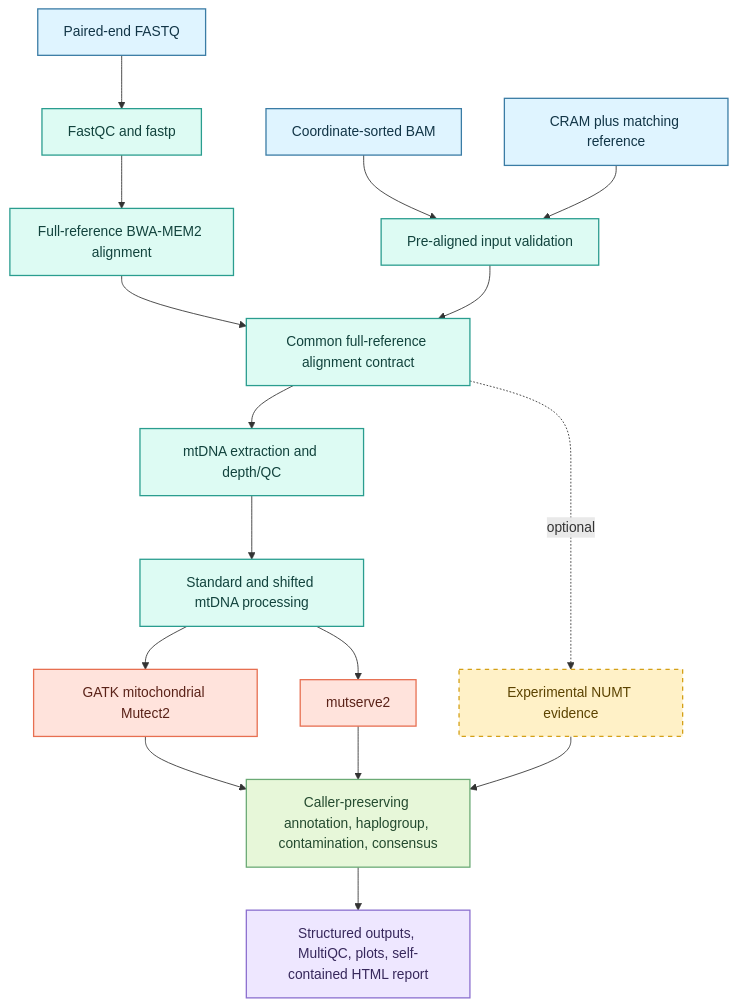
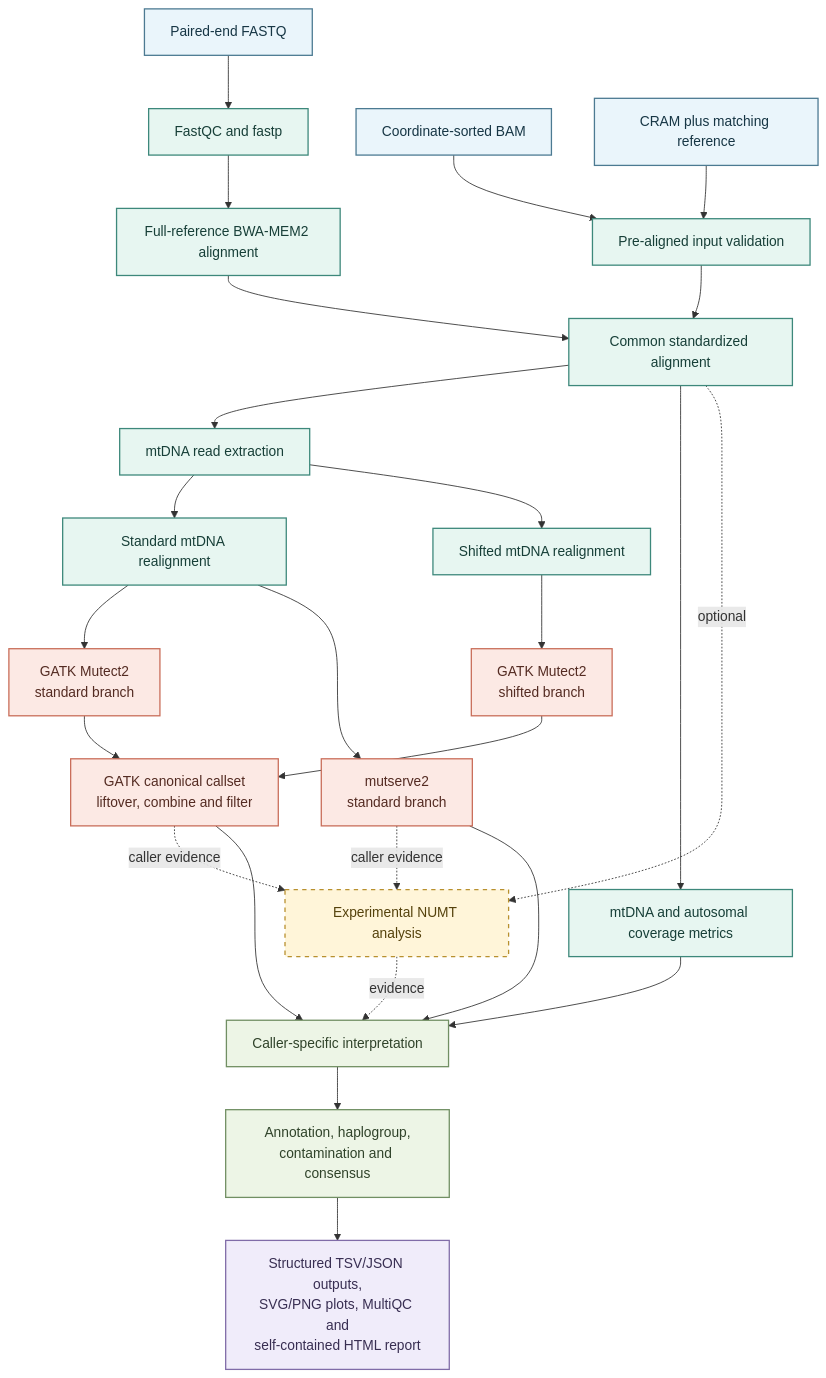
The diagram in README.md (sarvezh1/mitoarc), drawn with Mermaid before and after one commit. The commit also changed other lines of this file and 9 other files, not shown here.

````diff
--- a/README.md
+++ b/README.md
@@ -31,41 +37,68 @@
 ```mermaid
+---
+config:
+  theme: mc
+---
 flowchart TD
+
+    %% INPUTS
     FQ[Paired-end FASTQ] --> QC[FastQC and fastp]
     QC --> ALN[Full-reference BWA-MEM2 alignment]
 
     BAM[Coordinate-sorted BAM] --> PRE[Pre-aligned input validation]
     CRAM[CRAM plus matching reference] --> PRE
 
-    ALN --> COMMON[Common full-reference alignment contract]
+    ALN --> COMMON[Common standardized alignment]
     PRE --> COMMON
 
-    COMMON --> EXTRACT[mtDNA extraction and depth/QC]
-    COMMON -. optional .-> NUMT[Experimental NUMT evidence]
+    %% COMMON ANALYSIS
+    COMMON --> EXTRACT[mtDNA read extraction]
+    COMMON --> COV[mtDNA and autosomal coverage metrics]
 
-    EXTRACT --> CIRC[Standard and shifted mtDNA processing]
+    %% MITOCHONDRIAL REALIGNMENT
+    EXTRACT --> STD[Standard mtDNA realignment]
+    EXTRACT --> SHIFT[Shifted mtDNA realignment]
 
-    CIRC --> GATK[GATK mitochondrial Mutect2]
-    CIRC --> MUT[mutserve2]
+    %% GATK
+    STD --> GATKSTD[GATK Mutect2<br/>standard branch]
+    SHIFT --> GATKSHIFT[GATK Mutect2<br/>shifted branch]
 
-    GATK --> INTERP[Caller-preserving annotation, haplogroup, contamination, consensus]
+    GATKSTD --> GATKFINAL[GATK canonical callset<br/>liftover, combine and filter]
+    GATKSHIFT --> GATKFINAL
+
+    %% MUTSERVE2
+    STD --> MUT[mutserve2<br/>standard branch]
+
+    %% OPTIONAL NUMT ANALYSIS
+    COMMON -. optional .-> NUMT[Experimental NUMT analysis]
+    GATKFINAL -. caller evidence .-> NUMT
+    MUT -. caller evidence .-> NUMT
+
+    %% INTERPRETATION
+    GATKFINAL --> INTERP[Caller-specific interpretation]
     MUT --> INTERP
-    NUMT --> INTERP
+    NUMT -. evidence .-> INTERP
+    COV --> INTERP
 
-    INTERP --> REPORT[Structured outputs, MultiQC, plots, self-contained HTML report]
+    INTERP --> BIO[Annotation, haplogroup,<br/>contamination and consensus]
 
-    classDef input fill:#DFF4FF,stroke:#3A7CA5,stroke-width:1.5px,color:#123547;
-    classDef process fill:#DDFBF3,stroke:#2A9D8F,stroke-width:1.5px,color:#12433D;
-    classDef caller fill:#FFE3DC,stroke:#E76F51,stroke-width:1.5px,color:#5A2218;
-    classDef experimental fill:#FFF1C7,stroke:#D4A017,stroke-width:1.5px,color:#5C4300;
-    classDef interpretation fill:#E7F7D9,stroke:#6BAA75,stroke-width:1.5px,color:#244A2F;
-    classDef report fill:#EEE7FF,stroke:#8B6FCF,stroke-width:1.5px,color:#37285C;
+    %% REPORTING
+    BIO --> REPORT[Structured TSV/JSON outputs,<br/>SVG/PNG plots, MultiQC and<br/>self-contained HTML report]
+
+    %% STYLES
+    classDef input fill:#EAF5FB,stroke:#4C7A92,stroke-width:1.5px,color:#173645;
+    classDef process fill:#E7F6F1,stroke:#3D887B,stroke-width:1.5px,color:#173F38;
+    classDef caller fill:#FCE9E4,stroke:#C96D59,stroke-width:1.5px,color:#542B22;
+    classDef experimental fill:#FFF5D9,stroke:#B8902E,stroke-width:1.5px,color:#55420C;
+    classDef interpretation fill:#EDF5E6,stroke:#718F63,stroke-width:1.5px,color:#30432A;
+    classDef report fill:#F0ECFA,stroke:#806CA8,stroke-width:1.5px,color:#382E52;
 
     class FQ,BAM,CRAM input;
-    class QC,ALN,PRE,COMMON,EXTRACT,CIRC process;
-    class GATK,MUT caller;
+    class QC,ALN,PRE,COMMON,EXTRACT,COV,STD,SHIFT process;
+    class GATKSTD,GATKSHIFT,GATKFINAL,MUT caller;
     class NUMT experimental;
-    class INTERP interpretation;
+    class INTERP,BIO interpretation;
     class REPORT report;
 
     style NUMT stroke-dasharray: 5 5
 ```
````
